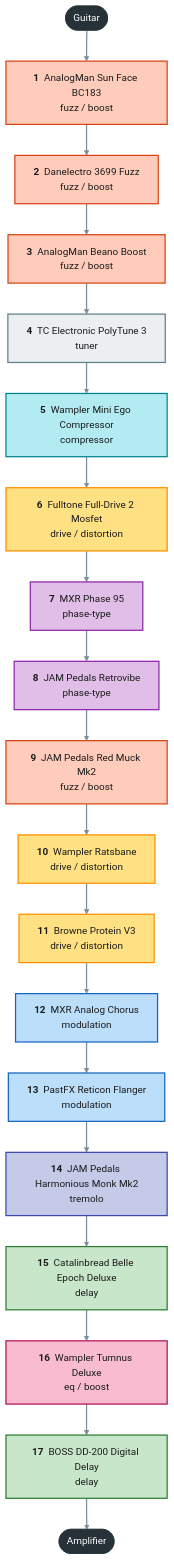
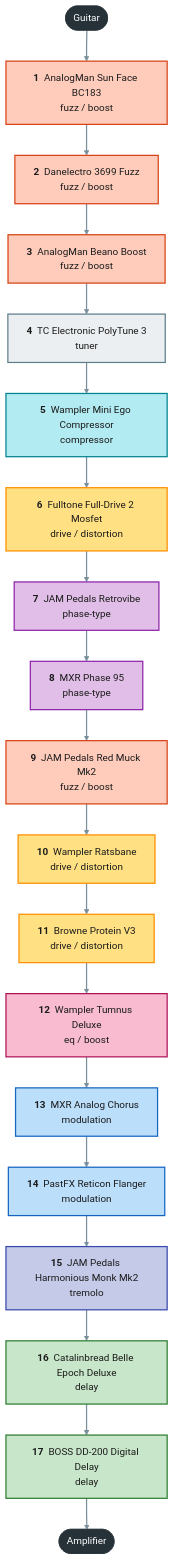
Before and after one commit to pedroacvieira/pedalboard: the diagram in projects/guitar-gig/signal-chain.mmd, drawn with Mermaid (base theme). The commit also changed 8 other files, not shown here.

Commit message:
guitar-gig: new layout; Tumnus at the end of the drive section, Retrovibe before Phase 95, Exp jacks used; catalog: BOSS EV-30

```diff
--- a/projects/guitar-gig/signal-chain.mmd
+++ b/projects/guitar-gig/signal-chain.mmd
@@ -1,32 +1,32 @@
 flowchart TB
     guitar(["Guitar"]):::endpoint
     sun_face["<b>1</b> &nbsp;AnalogMan Sun Face BC183<br/>fuzz / boost"]:::c_fuzz___boost
     danelectro_3699["<b>2</b> &nbsp;Danelectro 3699 Fuzz<br/>fuzz / boost"]:::c_fuzz___boost
     beano["<b>3</b> &nbsp;AnalogMan Beano Boost<br/>fuzz / boost"]:::c_fuzz___boost
     polytune_3["<b>4</b> &nbsp;TC Electronic PolyTune 3<br/>tuner"]:::c_tuner
     mini_ego["<b>5</b> &nbsp;Wampler Mini Ego Compressor<br/>compressor"]:::c_compressor
     fulldrive_2["<b>6</b> &nbsp;Fulltone Full-Drive 2 Mosfet<br/>drive / distortion"]:::c_drive___distortion
-    phase_95["<b>7</b> &nbsp;MXR Phase 95<br/>phase-type"]:::c_phase_type
-    retrovibe["<b>8</b> &nbsp;JAM Pedals Retrovibe<br/>phase-type"]:::c_phase_type
+    retrovibe["<b>7</b> &nbsp;JAM Pedals Retrovibe<br/>phase-type"]:::c_phase_type
+    phase_95["<b>8</b> &nbsp;MXR Phase 95<br/>phase-type"]:::c_phase_type
     red_muck["<b>9</b> &nbsp;JAM Pedals Red Muck Mk2<br/>fuzz / boost"]:::c_fuzz___boost
     ratsbane["<b>10</b> &nbsp;Wampler Ratsbane<br/>drive / distortion"]:::c_drive___distortion
     protein["<b>11</b> &nbsp;Browne Protein V3<br/>drive / distortion"]:::c_drive___distortion
-    analog_chorus["<b>12</b> &nbsp;MXR Analog Chorus<br/>modulation"]:::c_modulation
-    reticon["<b>13</b> &nbsp;PastFX Reticon Flanger<br/>modulation"]:::c_modulation
-    monk["<b>14</b> &nbsp;JAM Pedals Harmonious Monk Mk2<br/>tremolo"]:::c_tremolo
-    belle_epoch["<b>15</b> &nbsp;Catalinbread Belle Epoch Deluxe<br/>delay"]:::c_delay
-    tumnus_deluxe["<b>16</b> &nbsp;Wampler Tumnus Deluxe<br/>eq / boost"]:::c_eq___boost
+    tumnus_deluxe["<b>12</b> &nbsp;Wampler Tumnus Deluxe<br/>eq / boost"]:::c_eq___boost
+    analog_chorus["<b>13</b> &nbsp;MXR Analog Chorus<br/>modulation"]:::c_modulation
+    reticon["<b>14</b> &nbsp;PastFX Reticon Flanger<br/>modulation"]:::c_modulation
+    monk["<b>15</b> &nbsp;JAM Pedals Harmonious Monk Mk2<br/>tremolo"]:::c_tremolo
+    belle_epoch["<b>16</b> &nbsp;Catalinbread Belle Epoch Deluxe<br/>delay"]:::c_delay
     boss_dd200["<b>17</b> &nbsp;BOSS DD-200 Digital Delay<br/>delay"]:::c_delay
     amp(["Amplifier"]):::endpoint
-    guitar --> sun_face --> danelectro_3699 --> beano --> polytune_3 --> mini_ego --> fulldrive_2 --> phase_95 --> retrovibe --> red_muck --> ratsbane --> protein --> analog_chorus --> reticon --> monk --> belle_epoch --> tumnus_deluxe --> boss_dd200 --> amp
+    guitar --> sun_face --> danelectro_3699 --> beano --> polytune_3 --> mini_ego --> fulldrive_2 --> retrovibe --> phase_95 --> red_muck --> ratsbane --> protein --> tumnus_deluxe --> analog_chorus --> reticon --> monk --> belle_epoch --> boss_dd200 --> amp
     classDef endpoint fill:#263238,stroke:#263238,color:#ffffff
     classDef c_tuner fill:#eceff1,stroke:#607d8b,stroke-width:2px,color:#1b1b1b
     classDef c_compressor fill:#b2ebf2,stroke:#00838f,stroke-width:2px,color:#1b1b1b
     classDef c_fuzz___boost fill:#ffccbc,stroke:#d84315,stroke-width:2px,color:#1b1b1b
     classDef c_drive___distortion fill:#ffe082,stroke:#ff8f00,stroke-width:2px,color:#1b1b1b
     classDef c_phase_type fill:#e1bee7,stroke:#8e24aa,stroke-width:2px,color:#1b1b1b
     classDef c_modulation fill:#bbdefb,stroke:#1565c0,stroke-width:2px,color:#1b1b1b
     classDef c_tremolo fill:#c5cae9,stroke:#3949ab,stroke-width:2px,color:#1b1b1b
     classDef c_delay fill:#c8e6c9,stroke:#2e7d32,stroke-width:2px,color:#1b1b1b
     classDef c_eq___boost fill:#f8bbd0,stroke:#ad1457,stroke-width:2px,color:#1b1b1b
     linkStyle default stroke:#78909c,stroke-width:2px
```
